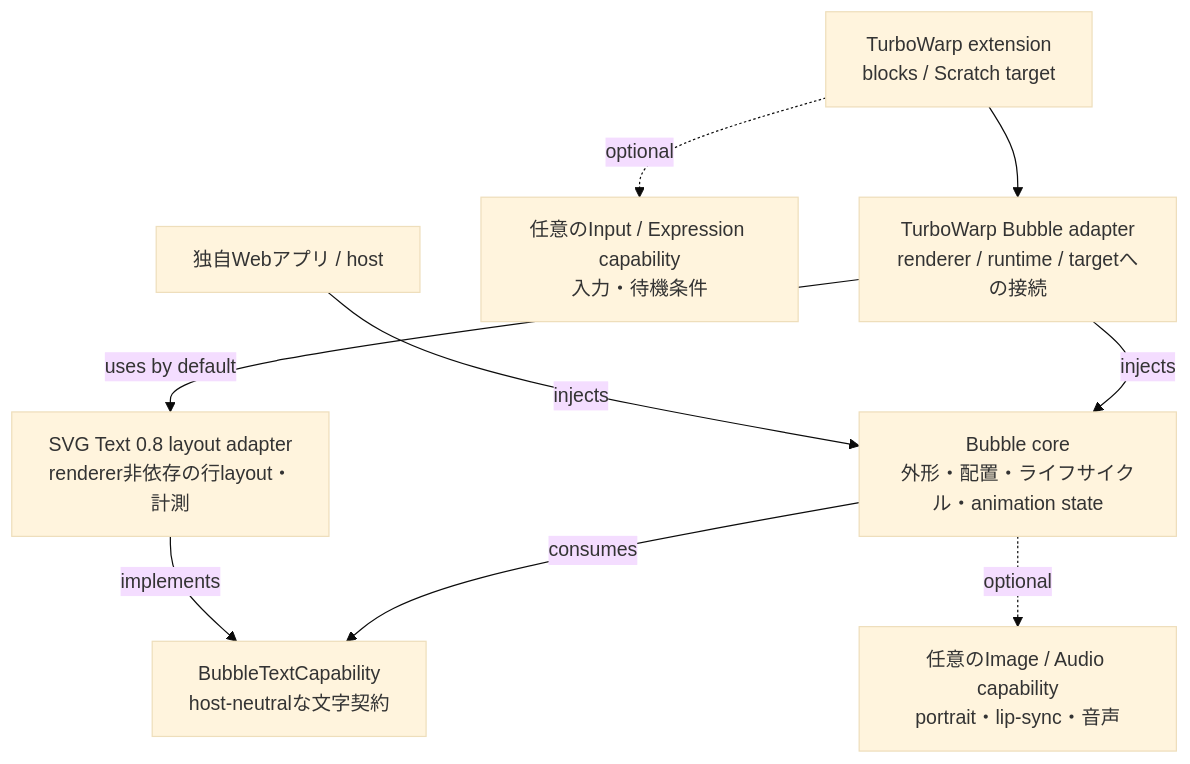
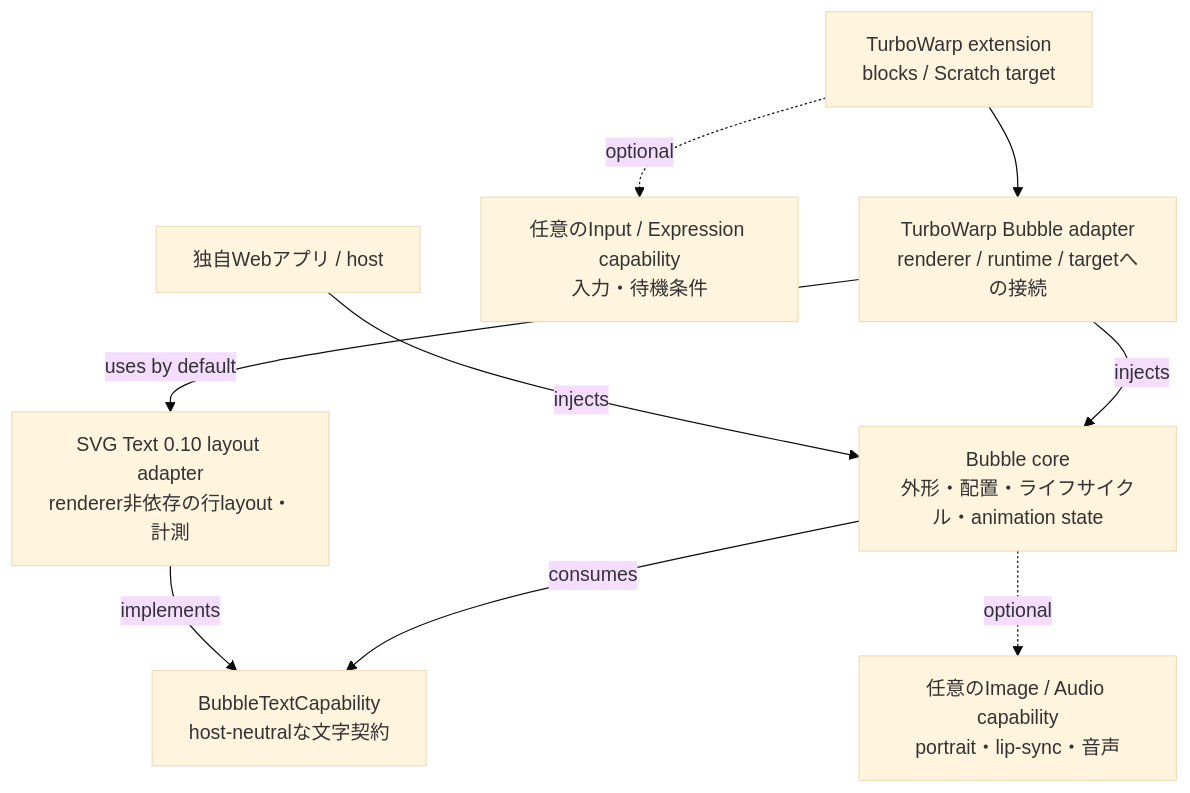
The second of 6 diagrams in README.ja.md (kubohiroya/turbowarp-bubble), drawn with Mermaid (base theme) before and after one commit. The commit also changed other lines of this file and 19 other files, not shown here.

````diff
--- a/README.ja.md
+++ b/README.ja.md
@@ -54,19 +54,19 @@
 ```mermaid
 flowchart TB
   core["Bubble core\n外形・配置・ライフサイクル・animation state"]
   contract["BubbleTextCapability\nhost-neutralな文字契約"]
   twAdapter["TurboWarp Bubble adapter\nrenderer / runtime / targetへの接続"]
-  svgAdapter["SVG Text 0.8 layout adapter\nrenderer非依存の行layout・計測"]
+  svgAdapter["SVG Text 0.10 layout adapter\nrenderer非依存の行layout・計測"]
   assets["任意のImage / Audio capability\nportrait・lip-sync・音声"]
   input["任意のInput / Expression capability\n入力・待機条件"]
   host["独自Webアプリ / host"]
   extension["TurboWarp extension\nblocks / Scratch target"]
   core -->|"consumes"| contract
   svgAdapter -->|"implements"| contract
   twAdapter -->|"injects"| core
   twAdapter -->|"uses by default"| svgAdapter
   host -->|"injects"| core
   core -."optional".-> assets
   extension --> twAdapter
   extension -."optional".-> input
 ```
````
